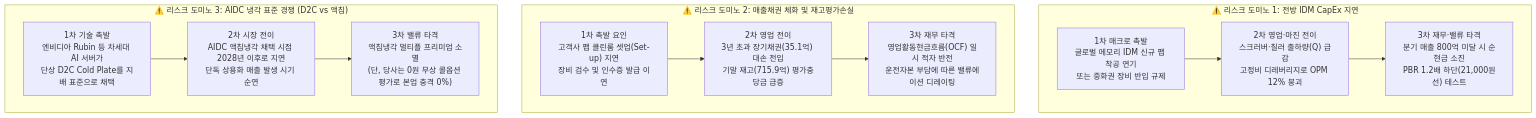
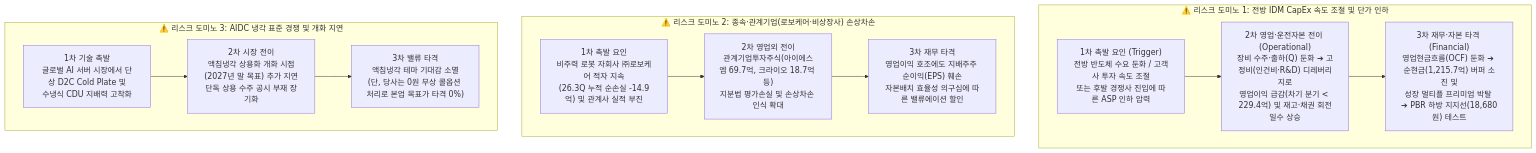
One commit to eve830521-cmd/my-skill-ver.5 changed the second of 2 diagrams in Stock_Research/GST/3_Final_Reports/Phase1_Report.md. Above: the diagram before and after it, drawn with Mermaid. The commit also changed other lines of this file and 14 other files, not shown here.

````diff
--- a/Stock_Research/GST/3_Final_Reports/Phase1_Report.md
+++ b/Stock_Research/GST/3_Final_Reports/Phase1_Report.md
@@ -221,23 +219,23 @@
 ```mermaid
 flowchart TD
-    subgraph Domino1["⚠️ 리스크 도미노 1: 전방 IDM CapEx 지연"]
-        D1_1["1차 매크로 촉발<br/>글로벌 메모리 IDM 신규 팹 착공 연기<br/>또는 중화권 장비 반입 규제"]
-        D1_2["2차 영업·마진 전이<br/>스크러버·칠러 출하량(Q) 급감<br/>고정비 디레버리지로 OPM 12% 붕괴"]
-        D1_3["3차 재무·밸류 타격<br/>분기 매출 800억 미달 시 순현금 소진<br/>PBR 1.2배 하단(21,000원선) 테스트"]
+    subgraph Domino1["⚠️ 리스크 도미노 1: 전방 IDM CapEx 속도 조절 및 단가 인하"]
+        D1_1["1차 촉발 요인 (Trigger)<br/>전방 반도체 수요 둔화 / 고객사 투자 속도 조절<br/>또는 후발 경쟁사 진입에 따른 ASP 인하 압력"]
+        D1_2["2차 영업·운전자본 전이 (Operational)<br/>장비 수주·출하(Q) 둔화 ➔ 고정비(인건비·R&D) 디레버리지로<br/>영업이익 급감(차기 분기 < 229.4억) 및 재고·채권 회전일수 상승"]
+        D1_3["3차 재무·자본 타격 (Financial)<br/>영업현금흐름(OCF) 둔화 ➔ 순현금(1,215.7억) 버퍼 소진 및<br/>성장 멀티플 프리미엄 박탈 ➔ PBR 하방 지지선(18,680원) 테스트"]
         D1_1 --> D1_2 --> D1_3
     end
 
-    subgraph Domino2["⚠️ 리스크 도미노 2: 매출채권 체화 및 재고평가손실"]
-        D2_1["1차 촉발 요인<br/>고객사 팹 클린룸 셋업(Set-up) 지연<br/>장비 검수 및 인수증 발급 이연"]
-        D2_2["2차 영업 전이<br/>3년 초과 장기채권(35.1억) 대손 전입<br/>기말 재고(715.9억) 평가충당금 급증"]
-        D2_3["3차 재무 타격<br/>영업활동현금흐름(OCF) 일시 적자 반전<br/>운전자본 부담에 따른 밸류에이션 디레이팅"]
+    subgraph Domino2["⚠️ 리스크 도미노 2: 종속·관계기업(로보케어·비상장사) 손상차손"]
+        D2_1["1차 촉발 요인<br/>비주력 로봇 자회사 ㈜로보케어 적자 지속<br/>(26.3Q 누적 순손실 -14.9억) 및 관계사 실적 부진"]
+        D2_2["2차 영업외 전이<br/>관계기업투자주식(아이에스엠 69.7억, 크라이오 18.7억 등)<br/>지분법 평가손실 및 손상차손 인식 확대"]
+        D2_3["3차 재무 타격<br/>영업이익 호조에도 지배주주 순이익(EPS) 훼손<br/>자본배치 효율성 의구심에 따른 밸류에이션 할인"]
         D2_1 --> D2_2 --> D2_3
     end
 
-    subgraph Domino3["⚠️ 리스크 도미노 3: AIDC 냉각 표준 경쟁 (D2C vs 액침)"]
-        D3_1["1차 기술 촉발<br/>엔비디아 Rubin 등 차세대 AI 서버가<br/>단상 D2C Cold Plate를 지배 표준으로 채택"]
-        D3_2["2차 시장 전이<br/>AIDC 액침냉각 채택 시점 2028년 이후로 지연<br/>단독 상용화 매출 발생 시기 순연"]
-        D3_3["3차 밸류 타격<br/>액침냉각 멀티플 프리미엄 소멸<br/>(단, 당사는 0원 무상 콜옵션 평가로 본업 충격 0%)"]
+    subgraph Domino3["⚠️ 리스크 도미노 3: AIDC 냉각 표준 경쟁 및 개화 지연"]
+        D3_1["1차 기술 촉발<br/>글로벌 AI 서버 시장에서 단상 D2C Cold Plate 및<br/>수냉식 CDU 지배력 고착화"]
+        D3_2["2차 시장 전이<br/>액침냉각 상용화 개화 시점(2027년 말 목표) 추가 지연<br/>단독 상용 수주 공시 부재 장기화"]
+        D3_3["3차 밸류 타격<br/>액침냉각 테마 기대감 소멸<br/>(단, 당사는 0원 무상 콜옵션 처리로 본업 목표가 타격 0%)"]
         D3_1 --> D3_2 --> D3_3
     end
 ```
````
